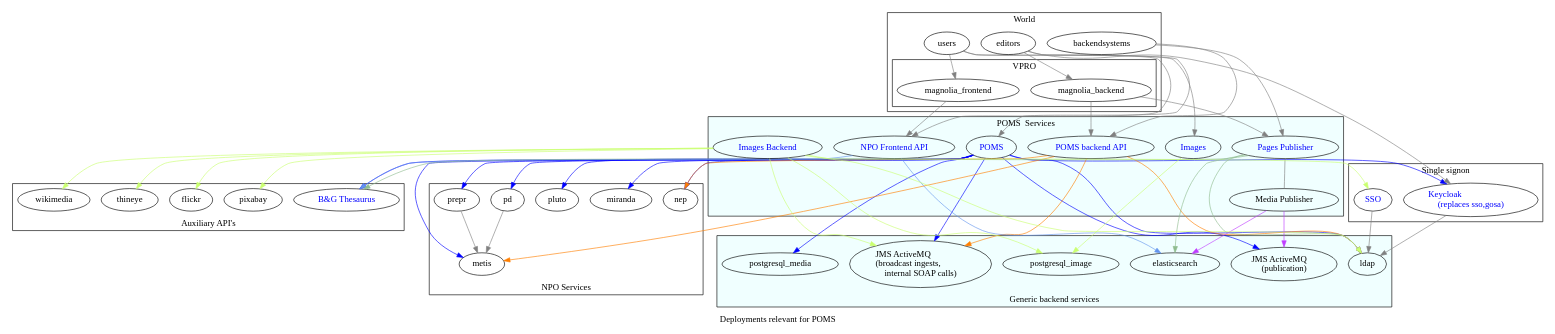
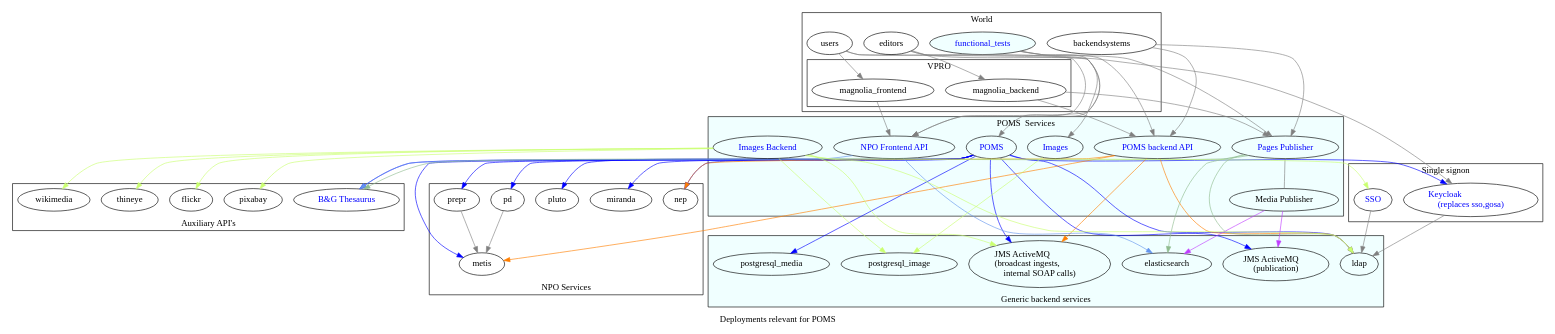
Before and after one commit to npo-poms/poms-parent: the diagram in poms-deployment.dot, drawn with Graphviz. The commit also changed 5 other files, not shown here.

Commit message:
Mentioned also functional tests project.

```diff
--- a/poms-deployment.dot
+++ b/poms-deployment.dot
@@ -1,173 +1,186 @@
 digraph poms_universe {
 
     label="Deployments relevant for POMS"
     edge [
-    color=gray
+      color=gray
     ]
 
     poms [ label="POMS" href="https://poms.omroep.nl/" fontcolor=blue ]
     poms_backend [ label="POMS backend API" href="https://api.poms.omroep.nl/" fontcolor=blue ]
     api [ label = "NPO Frontend API" href="https://rs.poms.omroep.nl/" fontcolor=blue ]
     pages_publish [ label = "Pages Publisher"     href="https://publish.pages.omroep.nl/" fontcolor=blue ]
     media_publish [ label = "Media Publisher" ]
     images_frontend [ label = "Images" href="https://images.poms.omroep.nl" fontcolor=blue]
     images_backend [ label = "Images Backend" href="https://poms.omroep.nl/images/" fontcolor=blue ]
     gtaa [ label ="B&G Thesaurus"  href="http://gtaa.beeldengeluid.nl/" fontcolor=blue]
     thineye
+    functional_tests [
+       fillcolor=azure
+       style=filled
+       href="https://jenkins.vpro.nl/job/POMS%20Functional%20Tests/"
+       fontcolor="blue"
+    ]
 
     subgraph cluster_0  {
       label="Generic backend services"
       labelloc=b
       bgcolor=azure
       postgresql_media
       postgresql_image
       elasticsearch
       jms_ingest [ label = "JMS ActiveMQ\l(broadcast ingests,\linternal SOAP calls)" ]
       jms_publish [ label = "JMS ActiveMQ\l(publication)" ]
       ldap
       // gosa [ label="GOSa" href="https://admin.sso.omroep.nl/" fontcolor=blue
 
     }
    subgraph cluster_1  {
     label="Single signon"
     sso [ label="SSO" href="https://sso.omroep.nl" fontcolor=blue]
     keycloak [ label = "Keycloak\l(replaces sso,gosa)" href="https://ident-test.poms.omroep.nl/auth/" fontcolor=blue]
 }
 
 
 subgraph cluster_3  {
   label="World"
   users
   backendsystems
   editors
+  functional_tests
 subgraph cluster_2  {
   label="VPRO"
   magnolia_frontend
   magnolia_backend
 }
 
 }
 subgraph cluster_4  {
   label="POMS  Services"
   bgcolor=azure
   poms
   poms_backend
   pages_publish
   media_publish
   api
   images_frontend
   images_backend
 }
 
 subgraph cluster_5  {
   label="NPO Services"
   labelloc=b
   metis
   pd
   prepr
   miranda
   pluto
   nep
 }
 
 subgraph cluster_6 {
   label="Auxiliary API's"
   labelloc=b
   gtaa
   thineye
   wikimedia
   pixabay
   flickr
 }
 
 editors -> {
   magnolia_backend
   poms
   keycloak
 }
 
 users -> {
   magnolia_frontend
   api
   images_frontend
 }
 
 backendsystems -> {
   poms_backend
   pages_publish
 }
 
 poms -> {
   postgresql_media
   jms_publish
   jms_ingest
   keycloak
   ldap
   miranda
   prepr
   pd
   metis
   pluto
   nep
   gtaa
 }[color=blue]
 
 poms_backend -> {
   jms_ingest
   ldap
   metis
   ldap
   nep
 }[color=darkorange1]
 
 api -> {
   elasticsearch
   gtaa
 }[color=cornflowerblue]
 
 pages_publish-> {
   elasticsearch
   ldap
   gtaa
 }[color=darkseagreen]
 
 media_publish -> {
   elasticsearch
   jms_publish
 }[color=darkorchid1]
 pages_publish -> media_publish[dir=none]
 
 images_frontend -> {
   postgresql_image
 }[color=darkolivegreen1]
 images_backend -> {
   postgresql_image
   jms_ingest
   sso
   ldap
   thineye
   wikimedia
   pixabay
   flickr
 }[color=darkolivegreen1]
 
 magnolia_backend -> {
   poms_backend
   pages_publish
 }
 
 magnolia_frontend -> {
   api
 }
 
 sso -> ldap
 
 prepr -> metis
 pd -> metis
 
 //gosa -> ldap
 
 keycloak -> ldap
 
 
+functional_tests -> {
+  poms_backend
+  pages_publish
+  api
 }
+
+}
```
